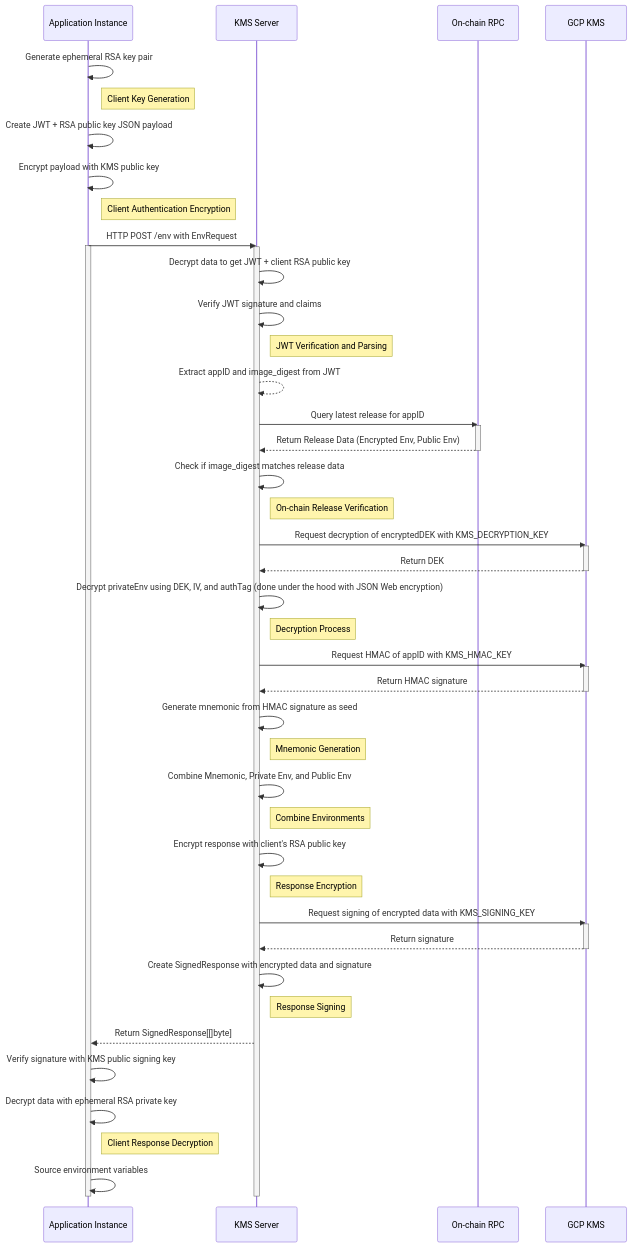
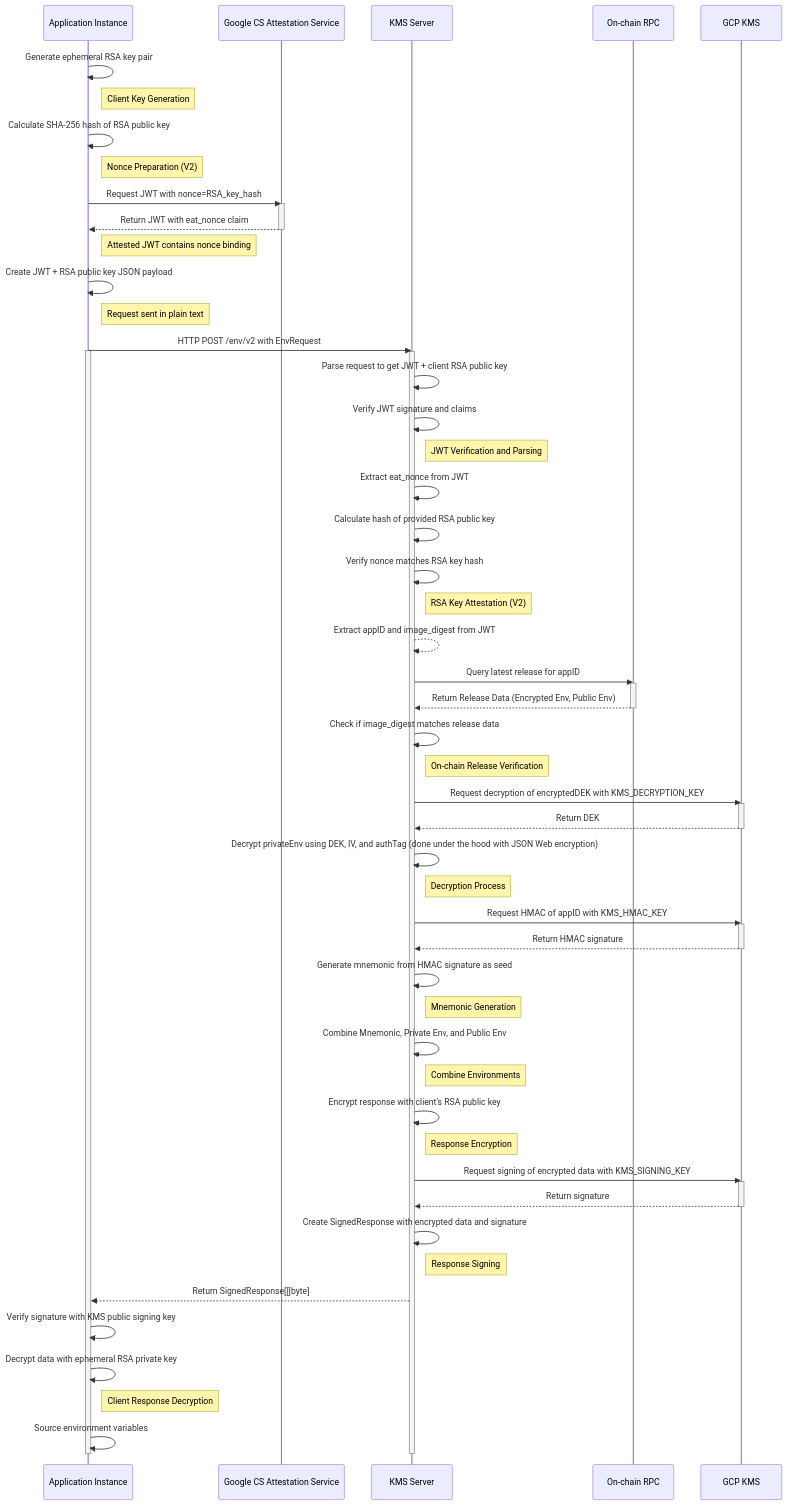
The second of 2 diagrams in kms.md (Layr-Labs/eigenx-kms), drawn with Mermaid before and after one commit. The commit also changed other lines of this file, not shown here.

````diff
--- a/kms.md
+++ b/kms.md
@@ -33,24 +33,38 @@
 ```mermaid
 sequenceDiagram
     participant AppInstance as Application Instance
+    participant AttestService as Google CS Attestation Service
     participant KMS as KMS Server
     participant OnChainRPC as On-chain RPC
     participant GCPKMS as GCP KMS
 
     AppInstance->>AppInstance: Generate ephemeral RSA key pair
     note right of AppInstance: Client Key Generation
-    
+
+    AppInstance->>AppInstance: Calculate SHA-256 hash of RSA public key
+    note right of AppInstance: Nonce Preparation (V2)
+
+    AppInstance->>AttestService: Request JWT with nonce=RSA_key_hash
+    activate AttestService
+    AttestService-->>AppInstance: Return JWT with eat_nonce claim
+    deactivate AttestService
+    note right of AppInstance: Attested JWT contains nonce binding
+
     AppInstance->>AppInstance: Create JWT + RSA public key JSON payload
-    AppInstance->>AppInstance: Encrypt payload with KMS public key
-    note right of AppInstance: Client Authentication Encryption
+    note right of AppInstance: Request sent in plain text
 
-    AppInstance->>KMS: HTTP POST /env with EnvRequest
+    AppInstance->>KMS: HTTP POST /env/v2 with EnvRequest
     activate AppInstance
     activate KMS
 
-    KMS->>KMS: Decrypt data to get JWT + client RSA public key
+    KMS->>KMS: Parse request to get JWT + client RSA public key
     KMS->>KMS: Verify JWT signature and claims
     note right of KMS: JWT Verification and Parsing
+
+    KMS->>KMS: Extract eat_nonce from JWT
+    KMS->>KMS: Calculate hash of provided RSA public key
+    KMS->>KMS: Verify nonce matches RSA key hash
+    note right of KMS: RSA Key Attestation (V2)
 
     KMS-->>KMS: Extract appID and image_digest from JWT
 
````
